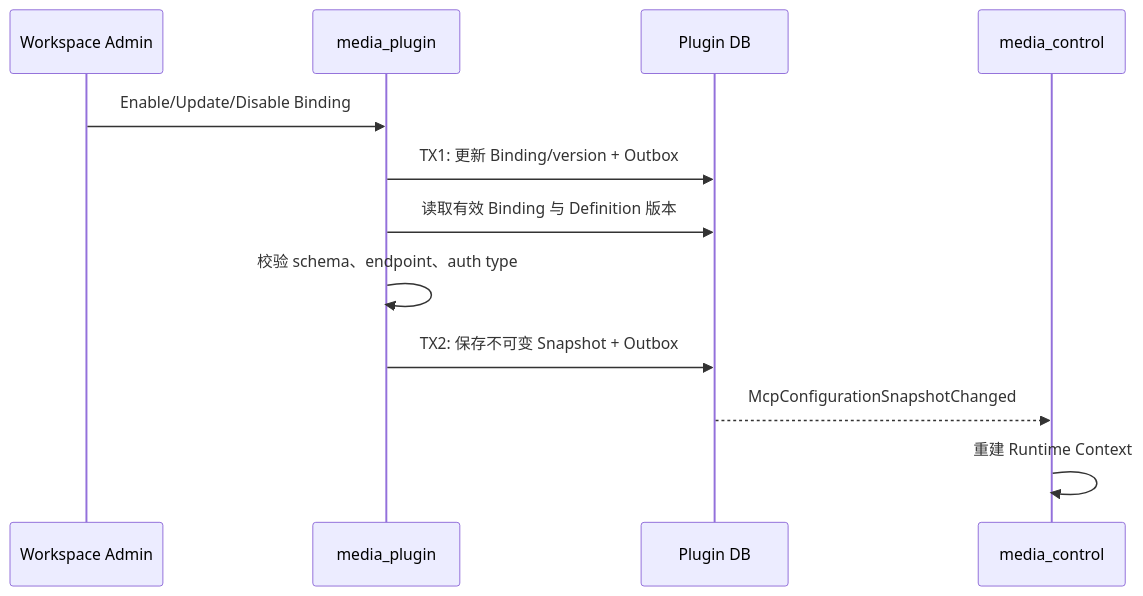
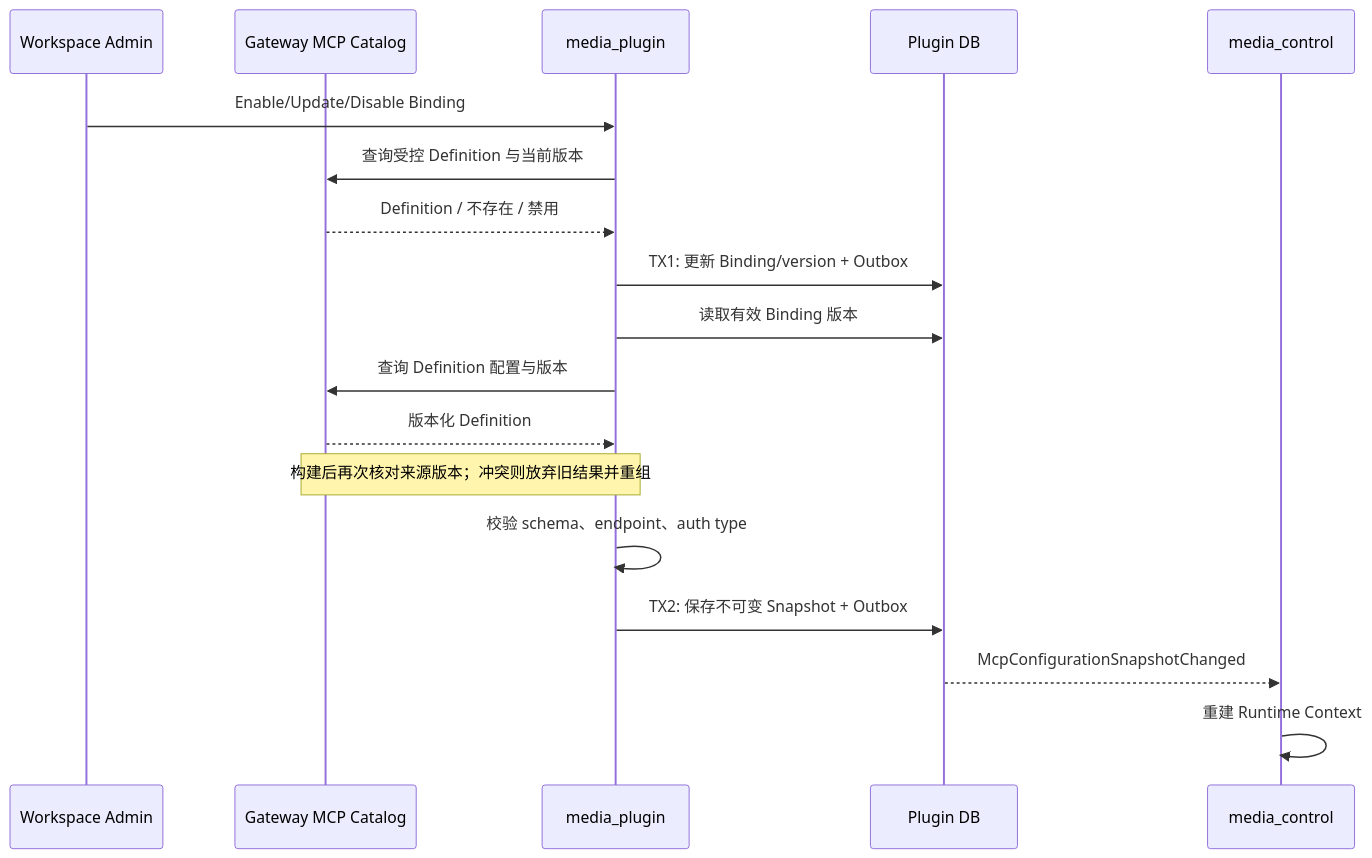
The diagram in docs/ddd/media_plugin/workflow/0001-plugin_binding_snapshot/plugin_binding_snapshot.md (hotttao/media_agent), drawn with Mermaid before and after one commit. The commit also changed other lines of this file and 355 other files, not shown here.

Commit message:
feat(agent): implement runtime architecture through workload provisioning

````diff
--- a/docs/ddd/media_plugin/workflow/0001-plugin_binding_snapshot/plugin_binding_snapshot.md
+++ b/docs/ddd/media_plugin/workflow/0001-plugin_binding_snapshot/plugin_binding_snapshot.md
@@ -20,14 +20,20 @@
 ```mermaid
 sequenceDiagram
     participant U as Workspace Admin
+    participant G as Gateway MCP Catalog
     participant P as media_plugin
     participant DB as Plugin DB
     participant C as media_control
     U->>P: Enable/Update/Disable Binding
+    P->>G: 查询受控 Definition 与当前版本
+    G-->>P: Definition / 不存在 / 禁用
     P->>DB: TX1: 更新 Binding/version + Outbox
-    P->>DB: 读取有效 Binding 与 Definition 版本
+    P->>DB: 读取有效 Binding 版本
+    P->>G: 查询 Definition 配置与版本
+    G-->>P: 版本化 Definition
+    Note over P,G: 构建后再次核对来源版本；冲突则放弃旧结果并重组
     P->>P: 校验 schema、endpoint、auth type
     P->>DB: TX2: 保存不可变 Snapshot + Outbox
     DB-->>C: McpConfigurationSnapshotChanged
     C->>C: 重建 Runtime Context
 ```
````
